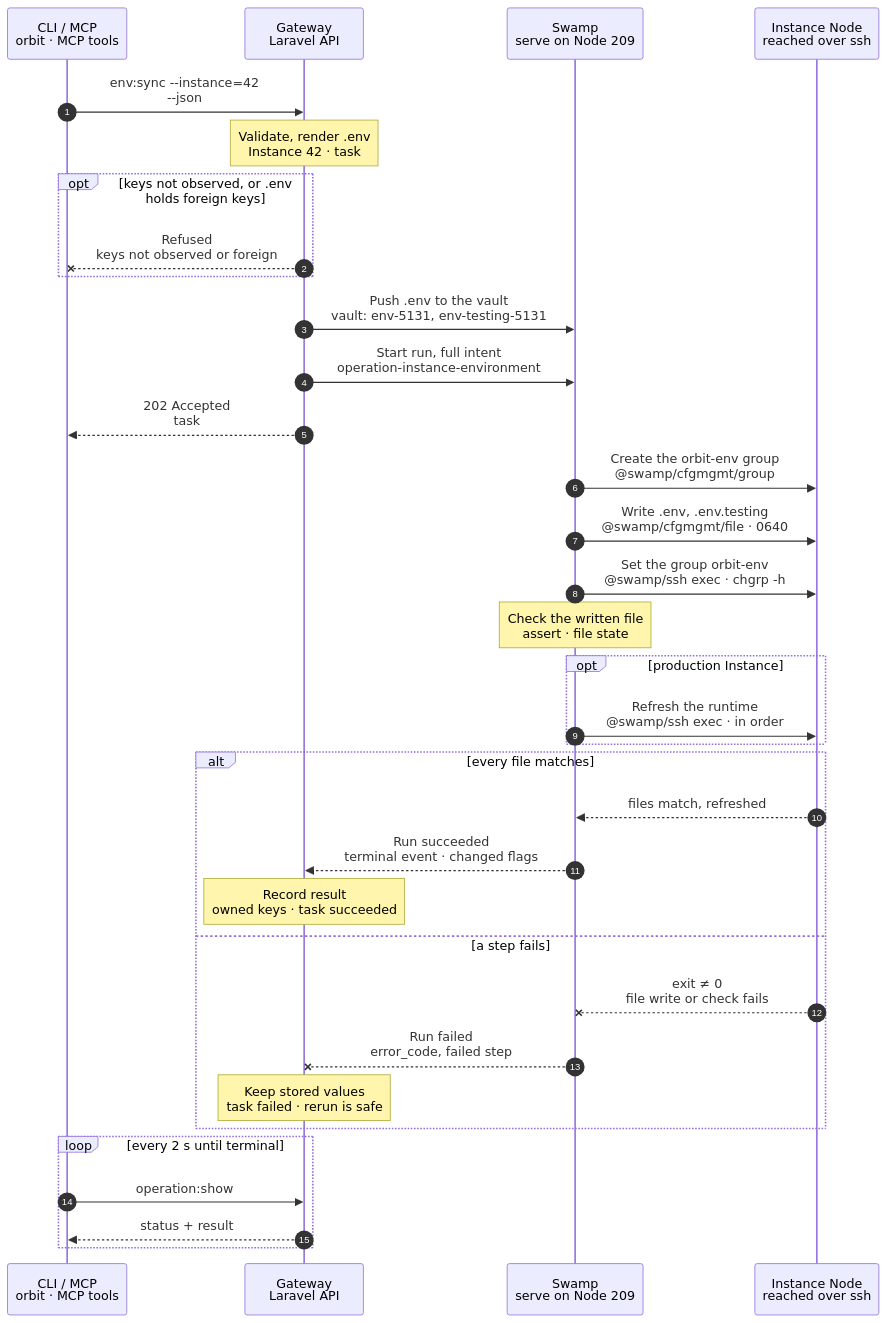
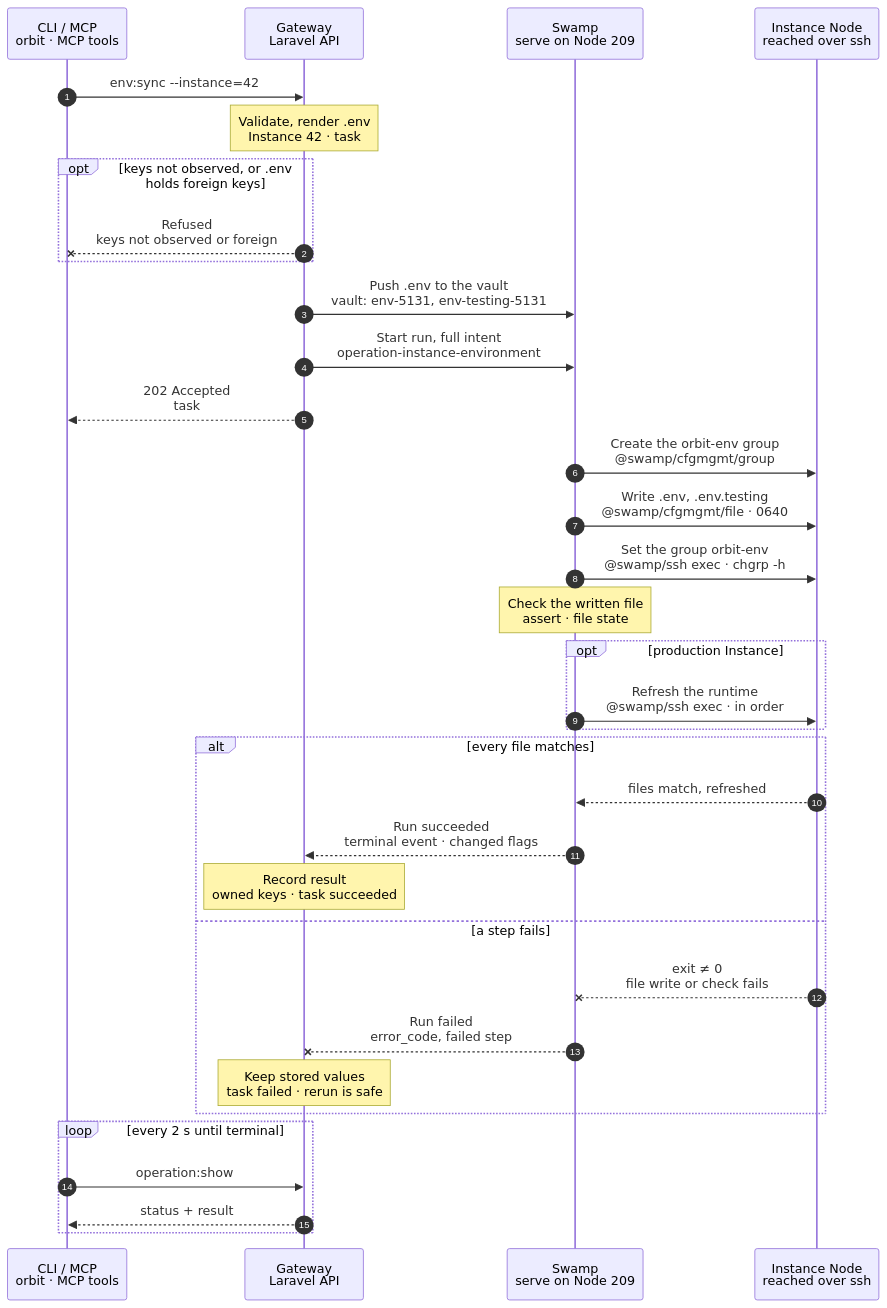
The diagram in docs/cli/env/sync.mmd (hardimpactdev/orbit), drawn with Mermaid before and after one commit. The commit also changed 7 other files, not shown here.

Commit message:
docs(env,firewall,doctor,github): draw required parameters on the main path (flow rule 23)

```diff
--- a/docs/cli/env/sync.mmd
+++ b/docs/cli/env/sync.mmd
@@ -1,158 +1,158 @@
 sequenceDiagram
   %% Target design: ADR 0244 task, R1-R4, decision swamp-vault-secrets (vault.get), orbit-gateway-renders-create-env (Gateway owns .env, no read-back), DECISIONS instance.sync_environment (vault after commit, @swamp/ssh from 209, no private-material fetch, no per-Node worker). docs/reference/environment-variables.md.
   %% Tightened: flow-tighten 2026-11-02, rules 14, 22 (cfgmgmt file for both files, its check as the end check; no script read, foreign-key check, report or assert step).
   %% Decided: Nick 2026-11-02, foreign-key protection at admission from the key names the Node agent reports; .env.testing only for an owned MySQL/PostgreSQL database, in the same file step.
   %% status: migrated
   %% Decided: Nick 2026-11-03, option 1: Orbit writes a managed .env as 0640 with group orbit-env, the agent's unit holds that group and reports key names only; a .env the agent can't read is not observed.
   %% command: env:sync
   %% kind: instance.sync_environment
   autonumber
   %% lane CLI icon=terminal pill=caller tone=gray
   %% lane GW icon=gateway pill=intent tone=blue
   %% lane SW icon=workflow pill=executes tone=green
   %% lane N icon=server pill=target tone=amber
   participant CLI as CLI / MCP<br/>orbit · MCP tools
   participant GW as Gateway<br/>Laravel API
   participant SW as Swamp<br/>serve on Node 209
   participant N as Instance Node<br/>reached over ssh
-  CLI->>GW: env:sync --instance=42<br/>--json
+  CLI->>GW: env:sync --instance=42
   %%> Command:
   %%> - `orbit env:sync --instance=42`
   %%> - syntax: `env:sync --instance=SELECTOR [--force] [--json]`
   %%> Input:
   %%> - the Instance: a numeric Instance ID or the exact domain of its Route
   %%> - `--force` overwrites keys that only the Node's `.env` holds
   %%> Who can call it:
   %%> - the `orbit` CLI and the MCP tool send the same request
   Note over GW: Validate, render .env<br/>Instance 42 · task #5131
   %%> Requirements:
   %%> - your Node has an access grant to Node 12, the Node of Instance 42
   %%> - Instance 42 is active, on a Node with exactly one active `app-dev` or `app-prod` role
   %%> - Instance 42 has stored configuration (`env.configuration_missing` otherwise)
   %%> - a stored `{{instance.domain}}` needs a settled Route (`env.reference_unavailable` otherwise)
   %%> - no other task holds Instance 42; the Gateway holds one lock per Instance and waits briefly for a busy one
   %%> Checks foreign keys:
   %%> - compares the `.env` key names the Node agent reported with the stored and owned keys; no values are read
   %%> - Orbit writes a managed `.env` as 0640 with group `orbit-env`, which the agent's unit holds
   %%> - a `.env` the agent can't read, such as a hand-made 0600 file or a link, or a silent agent, leaves the names not observed
   %%> - when the agent reports that Git tracks `.env.testing`, the plan writes none
   %%> Renders .env:
   %%> - every stored key in sorted order, as a quoted value
   %%> - `{{instance.domain}}` from the Route, `{{instance.environment}}` from the Node role
   %%> Renders .env.testing:
   %%> - only when Instance 42 owns a database on a MySQL or PostgreSQL server
   %%> - the same `.env` with `APP_ENV=testing` and the test database credentials
   %%> - SQLite: none; `phpunit.xml` (`:memory:`) decides
   %%> Result:
   %%> - task #5131 recorded with the full intent and the sha256 of each rendered file
   %%> - nothing has happened on the Node yet
   opt keys not observed, or .env holds foreign keys
     GW--xCLI: Refused<br/>keys not observed or foreign
     %%> When:
     %%> - `env.keys_not_observed`: the Node agent has not reported the `.env` key names, and `--force` is not set
     %%> - `env.sync_would_drop_keys`: the Node's `.env` holds keys that Orbit neither stores nor wrote, and `--force` is not set
     %%> Result:
     %%> - the refusal names the keys; no task and no run start
     %%> Next:
     %%> - foreign keys: `env:import` adopts them first, or `env:sync --force` replaces the file
     %%> - not observed, as for a `.env` written 0600 before this mode: `env:import`, then `env:sync --force`, which drops nothing and writes the file 0640
   end
   GW->>SW: Push .env to the vault<br/>vault: env-5131, env-testing-5131
   %%> Why:
   %%> - `.env` holds secrets, which travel only through the vault (R3)
   %%> What it does:
   %%> - after the task commits, pushes the rendered files into Swamp's vault on Node 209
   %%> Result:
   %%> - the run reads them with `vault.get`; no step calls the Gateway back
   GW->>SW: Start run, full intent<br/>operation-instance-environment
   %%> What it does:
   %%> - starts one Swamp run on serve (Node 209)
   %%> Inputs:
   %%> - Node 12's address and SSH host keys; the SSH identity comes from the `swamp` role
   %%> - the account, the application directory, the file paths and the expected sha256 of each file
   %%> - the key names Orbit wrote last time, which it may remove
   %%> - production only: the release path and the Processes with `restart_on_deploy`
   %%> - secrets only as vault key names
   GW-->>CLI: 202 Accepted<br/>task #5131
   %%> What you get:
   %%> - the task number, at once
   %%> Next:
   %%> - the CLI follows the task with `operation:show`
   SW->>N: Create the orbit-env group<br/>@swamp/cfgmgmt/group
   %%> What it does:
   %%> - creates the system group when the Node lacks it; the Node agent's unit holds it
   SW->>N: Write .env, .env.testing<br/>@swamp/cfgmgmt/file · 0640
   %%> How:
   %%> - Swamp reaches Node 12 over SSH from 209 with `@swamp/ssh` and the official `@swamp/cfgmgmt/file` behavior; nothing is copied to the Node
   %%> What it does:
   %%> - writes the rendered `.env` from `vault.get env-5131`, mode `0640`
   %%> - with an owned MySQL or PostgreSQL database, writes `.env.testing` in the same step, replacing its content; no merge
   %%> - a Git-tracked `.env.testing` stays untouched: admission planned none
   %%> - leaves a file that already matches in place
   %%> Runs as:
   %%> - the Instance account, in its own directory, so no root write follows a link the account placed
   %%> Not included:
   %%> - renders nothing; the Gateway already rendered the files
   SW->>N: Set the group orbit-env<br/>@swamp/ssh exec · chgrp -h
   %%> What it does:
   %%> - root runs `chgrp -h orbit-env` on the written files; `-h` never follows a link
   %%> - the Node agent's unit holds `orbit-env`, so it may read the `.env` key names; it never reads `.env.testing`
   Note over SW: Check the written file<br/>assert · file state
   %%> What it does:
   %%> - compares the sha256 the file behavior recorded for each file with the rendered one
   %%> Why:
   %%> - the sync only counts when the Node holds exactly what the Gateway rendered
   %%> - a rerun writes and checks again
   opt production Instance
     SW->>N: Refresh the runtime<br/>@swamp/ssh exec · in order
     %%> When:
     %%> - on every production sync, also when `.env` did not change
     %%> What it does:
     %%> - runs `php artisan config:cache` as the Instance account in the release, as one `@swamp/ssh exec`, when the release has a config cache; an uncached release stays uncached
     %%> - reloads the PHP-FPM pool to reset OPcache
     %%> - restarts the running Processes that have `restart_on_deploy`
     %%> - each action is one `@swamp/ssh exec` command, one at a time
     %%> Not included:
     %%> - development Instances: they only get the file
   end
   alt every file matches
     N-->>SW: files match, refreshed
     %%> Returns:
     %%> - whether each file changed, and the runtime refresh status
     %%> Not returned:
     %%> - no values and no file content
     SW-->>GW: Run succeeded<br/>terminal event · changed flags
     %%> How the Gateway learns it:
     %%> - its shared run reader sees the terminal event and reads the run's outputs; Swamp never calls the Gateway
     Note over GW: Record result<br/>owned keys · task succeeded
     %%> Result:
     %%> - the synced key names become the keys Orbit owns on Instance 42
     %%> - task #5131 succeeds with `changed`, the testing status and the refresh status
   else a step fails
     N--xSW: exit ≠ 0<br/>file write or check fails
     %%> When:
     %%> - SSH fails, a write fails, or a file does not match after the write
     %%> How:
     %%> - the failing step ends the run with its own exit code; there is no report step
     %%> - production: the config cache or the Process restart fails
     SW--xGW: Run failed<br/>error_code, failed step
     %%> The Gateway reads:
     %%> - which step failed and its error code
     Note over GW: Keep stored values<br/>task failed · rerun is safe
     %%> Result:
     %%> - stored values and the owned-key list stay as they were
     %%> - task #5131 fails
     %%> On the Node:
     %%> - a refused file stays unchanged; a failed cache build keeps the old cache
     %%> - a file already written stays; there is no rollback
     %%> Retry:
     %%> - fix the cause, then run `env:sync` again; it is a new task
   end
   loop every 2 s until terminal
     CLI->>GW: operation:show #5131
     %%> What it does:
     %%> - asks for the task's status every 2 seconds until it has ended
     GW-->>CLI: status + result
     %%> Returns:
     %%> - the current status, and the result once the task has ended
   end
```
